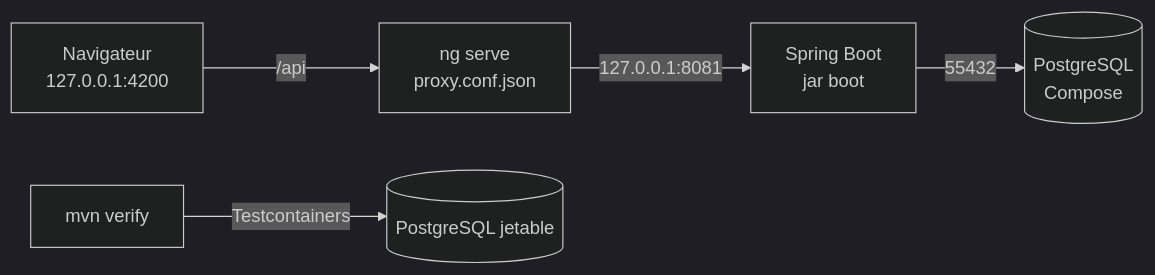
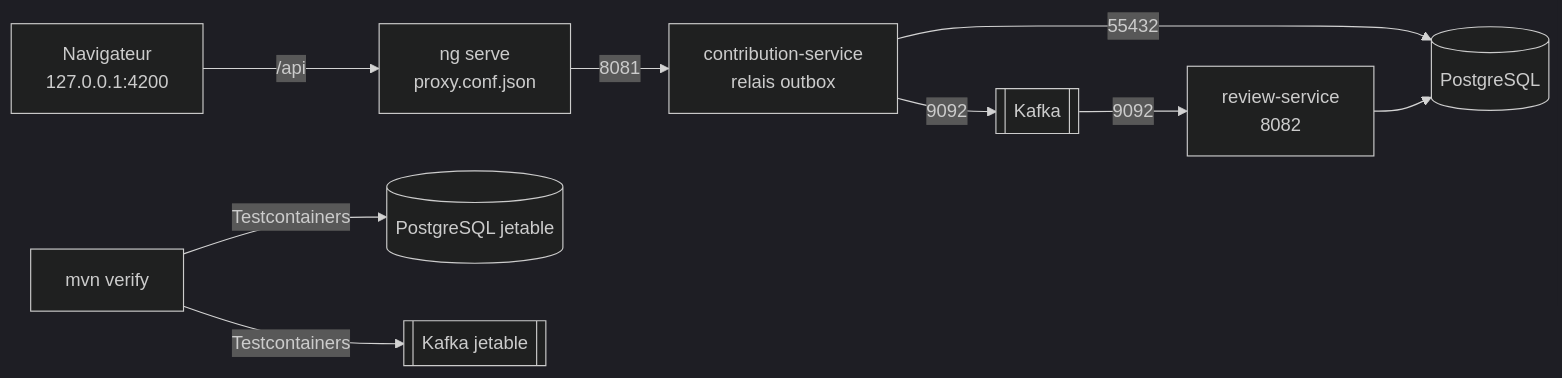
The second of 2 diagrams in design/architecture.md (hfWalid/ACD-kata), drawn with Mermaid (dark theme) before and after one commit. The commit also changed other lines of this file and 74 other files, not shown here.

````diff
--- a/design/architecture.md
+++ b/design/architecture.md
@@ -92,7 +112,11 @@
 ```mermaid
 flowchart LR
   B["Navigateur<br/>127.0.0.1:4200"] -->|"/api"| V["ng serve<br/>proxy.conf.json"]
-  V -->|"127.0.0.1:8081"| J["Spring Boot<br/>jar boot"]
-  J -->|"55432"| PG[("PostgreSQL<br/>Compose")]
+  V -->|"8081"| C["contribution-service<br/>relais outbox"]
+  C -->|"55432"| PG[("PostgreSQL")]
+  C -->|"9092"| K[["Kafka"]]
+  K -->|"9092"| R["review-service<br/>8082"]
+  R --> PG
   T["mvn verify"] -->|"Testcontainers"| PG2[("PostgreSQL jetable")]
+  T -->|"Testcontainers"| K2[["Kafka jetable"]]
 ```
````
